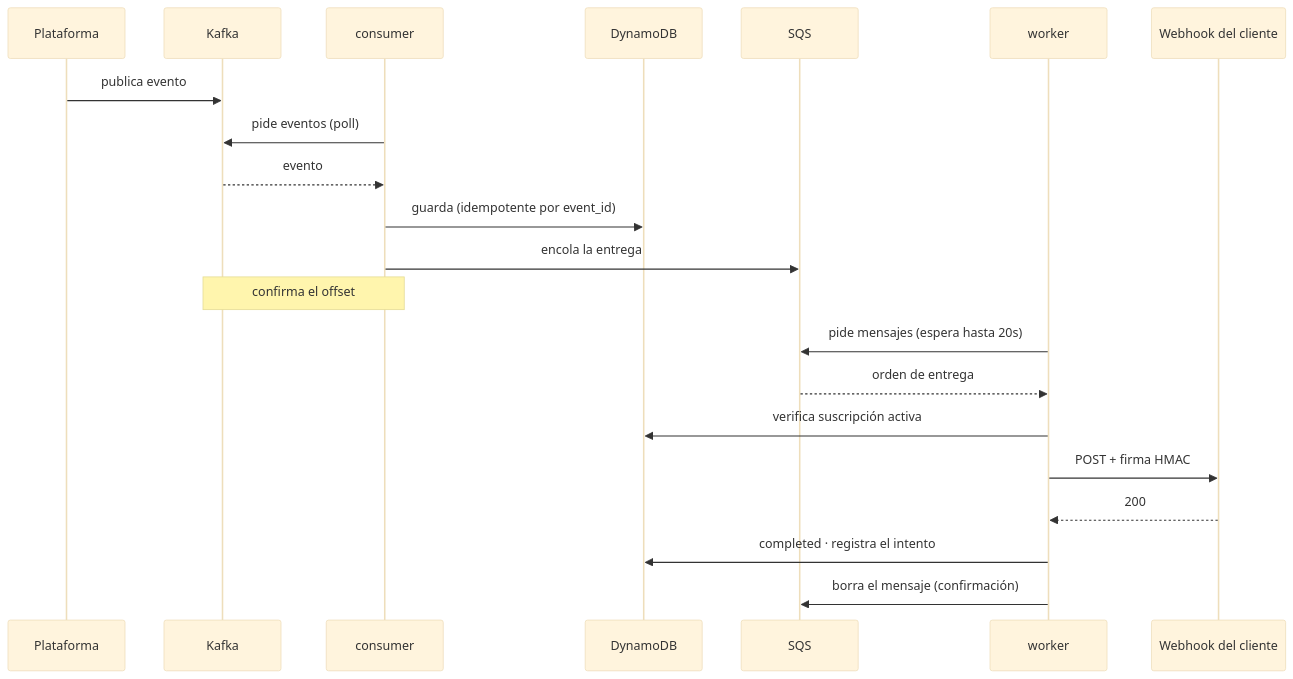
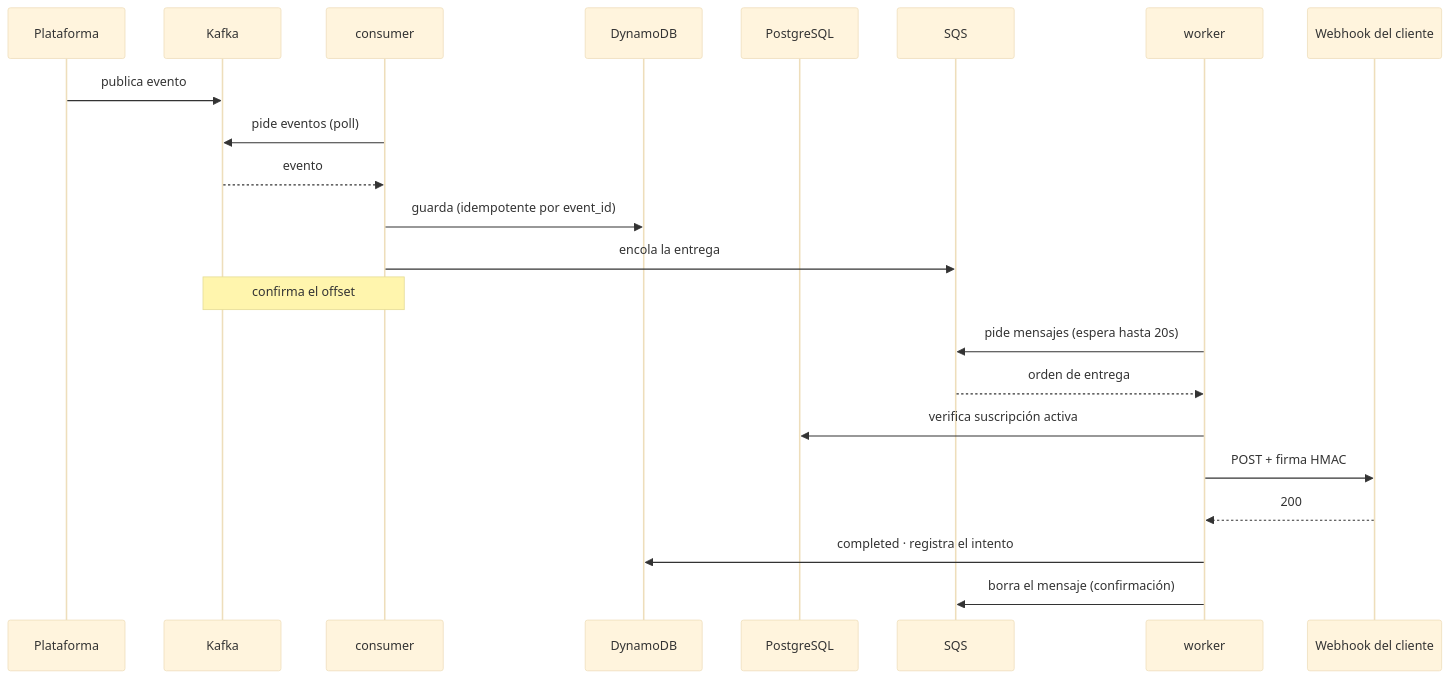
The second of 5 diagrams in README.md (ssalaza7/cobre-notification-delivery), drawn with Mermaid (base theme) before and after one commit. The commit also changed other lines of this file and 4 other files, not shown here.

First line of the commit message:
docs: los diagramas y la documentacion reflejan los dos almacenes

````diff
--- a/README.md
+++ b/README.md
@@ -108,24 +110,25 @@
 ```mermaid
 sequenceDiagram
     participant P as Plataforma
     participant K as Kafka
     participant CON as consumer
     participant DB as DynamoDB
+    participant PG as PostgreSQL
     participant Q as SQS
     participant W as worker
     participant C as Webhook del cliente
 
     P->>K: publica evento
     CON->>K: pide eventos (poll)
     K-->>CON: evento
     CON->>DB: guarda (idempotente por event_id)
     CON->>Q: encola la entrega
     Note over CON,K: confirma el offset
     W->>Q: pide mensajes (espera hasta 20s)
     Q-->>W: orden de entrega
-    W->>DB: verifica suscripción activa
+    W->>PG: verifica suscripción activa
     W->>C: POST + firma HMAC
     C-->>W: 200
     W->>DB: completed · registra el intento
     W->>Q: borra el mensaje (confirmación)
 ```
````
